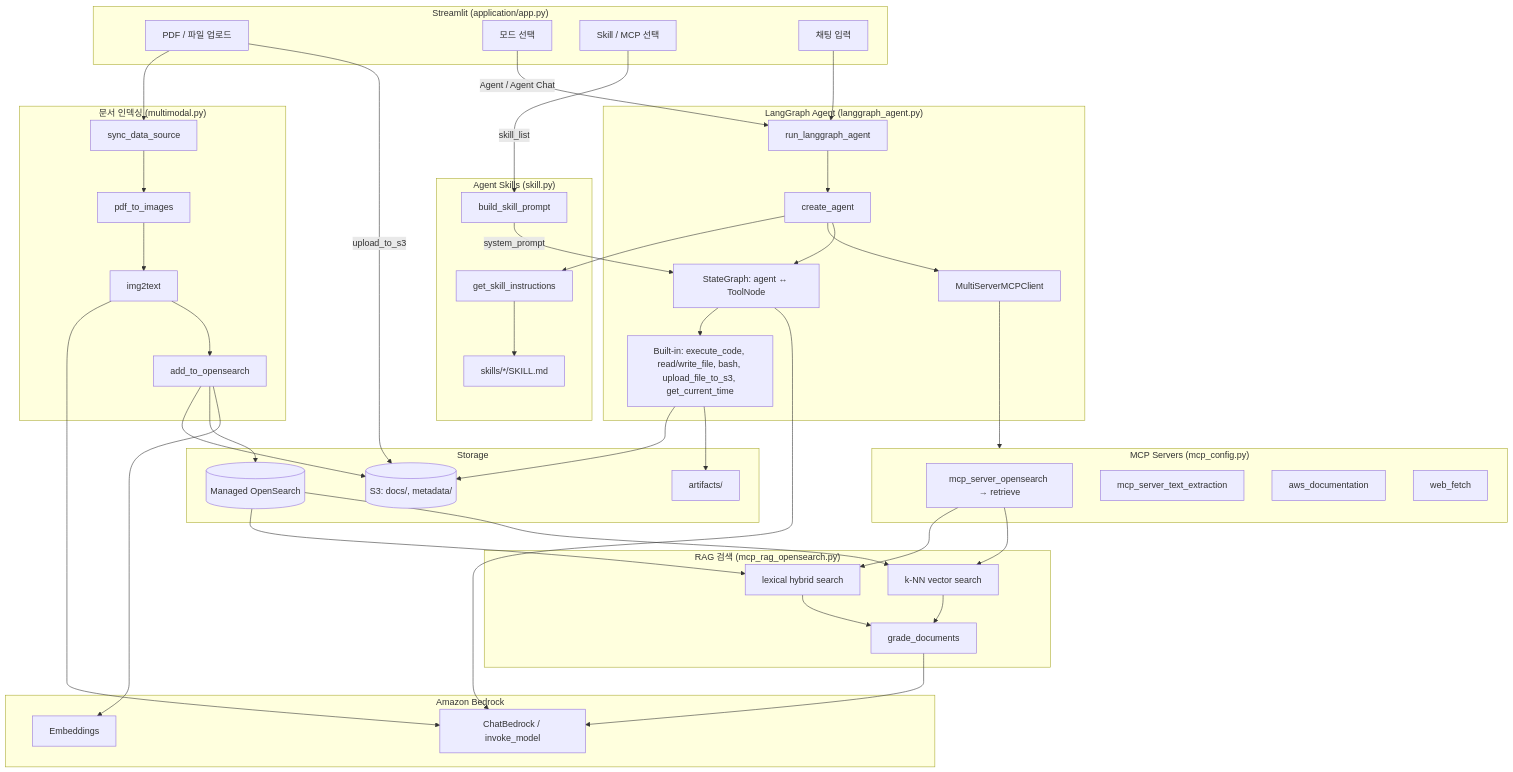
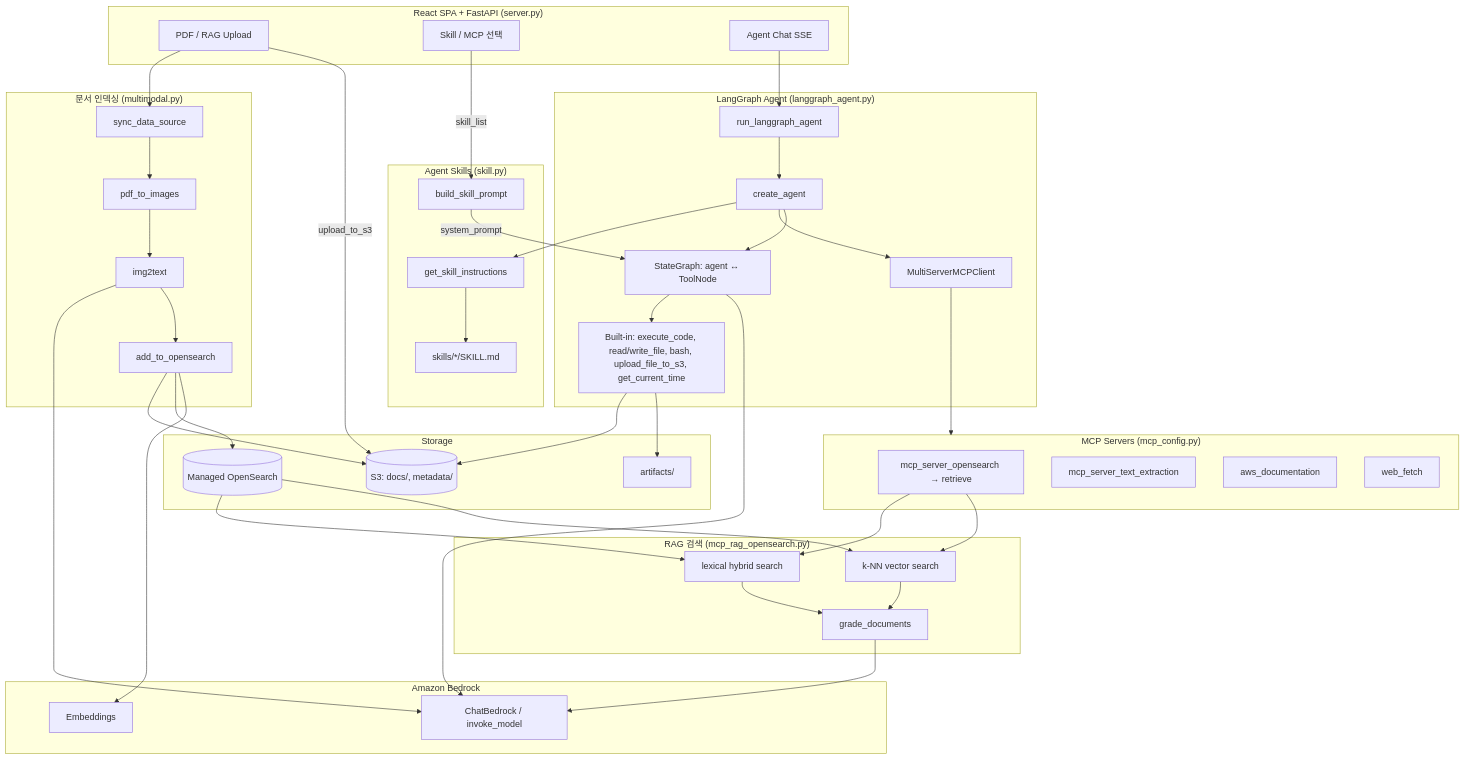
Before and after one commit to kyopark2014/rag-multimodal: the first of 2 diagrams in README.md, drawn with Mermaid. The commit also changed other lines of this file and 66 other files, not shown here.

First line of the commit message:
Replace Streamlit UI with FastAPI + React agent app.

````diff
--- a/README.md
+++ b/README.md
@@ -36,10 +36,9 @@
 ```mermaid
 flowchart TB
-  subgraph UI["Streamlit (application/app.py)"]
-    UP[PDF / 파일 업로드]
-    MODE[모드 선택]
+  subgraph UI["React SPA + FastAPI (server.py)"]
+    UP[PDF / RAG Upload]
     SKUI[Skill / MCP 선택]
-    CHAT[채팅 입력]
+    CHAT[Agent Chat SSE]
   end
 
   subgraph Indexing["문서 인덱싱 (multimodal.py)"]
@@ -95,7 +94,6 @@
   AOS --> OSDB
   AOS --> S3
 
-  MODE -->|Agent / Agent Chat| RLA
   CHAT --> RLA
   SKUI -->|skill_list| BSP
 
````
